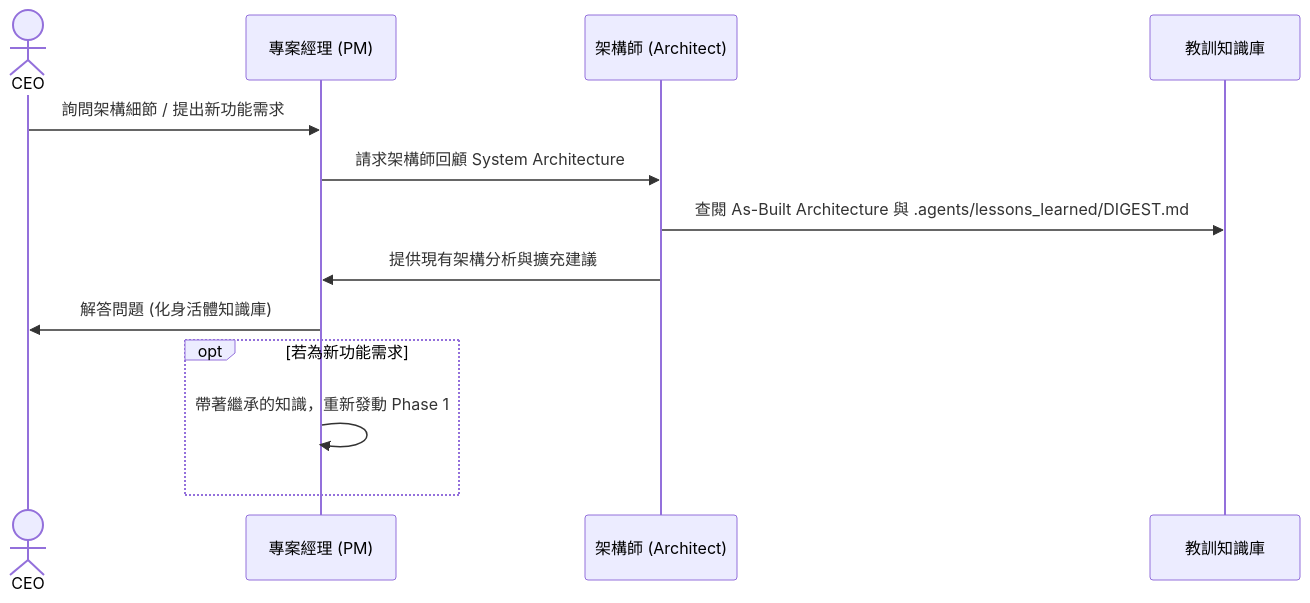
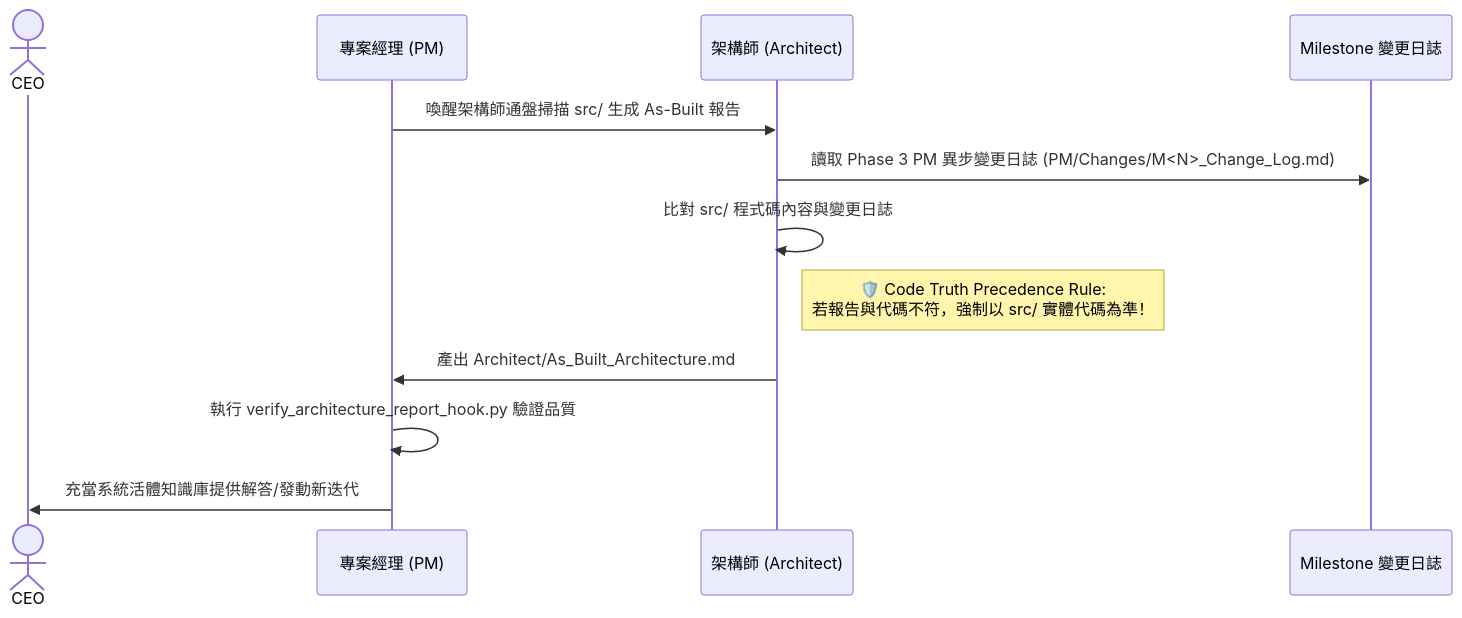
One commit to vip3310495-Johnny/Johnny-project-team-plugin changed the seventh of 8 diagrams in README.md. Above: the diagram before and after it, drawn with Mermaid. The commit also changed other lines of this file, not shown here.

Commit message:
docs: update README.md workflow and detailed sequence diagrams for v2.0.0

````diff
--- a/README.md
+++ b/README.md
@@ -250,15 +251,15 @@
 ```mermaid
 sequenceDiagram
     actor CEO
     participant PM as 專案經理 (PM)
     participant Arch as 架構師 (Architect)
-    participant KB as 教訓知識庫
-    CEO->>PM: 詢問架構細節 / 提出新功能需求
-    PM->>Arch: 請求架構師回顧 System Architecture
-    Arch->>KB: 查閱 As-Built Architecture 與 .agents/lessons_learned/DIGEST.md
-    Arch->>PM: 提供現有架構分析與擴充建議
-    PM->>CEO: 解答問題 (化身活體知識庫)
-    opt 若為新功能需求
-        PM->>PM: 帶著繼承的知識，重新發動 Phase 1
-    end
+    participant Logs as Milestone 變更日誌
+    
+    PM->>Arch: 喚醒架構師通盤掃描 src/ 生成 As-Built 報告
+    Arch->>Logs: 讀取 Phase 3 PM 異步變更日誌 (PM/Changes/M<N>_Change_Log.md)
+    Arch->>Arch: 比對 src/ 程式碼內容與變更日誌
+    Note right of Arch: 🛡️ Code Truth Precedence Rule:<br/>若報告與代碼不符，強制以 src/ 實體代碼為準！
+    Arch->>PM: 產出 Architect/As_Built_Architecture.md
+    PM->>PM: 執行 verify_architecture_report_hook.py 驗證品質
+    PM->>CEO: 充當系統活體知識庫提供解答/發動新迭代
 ```
````
